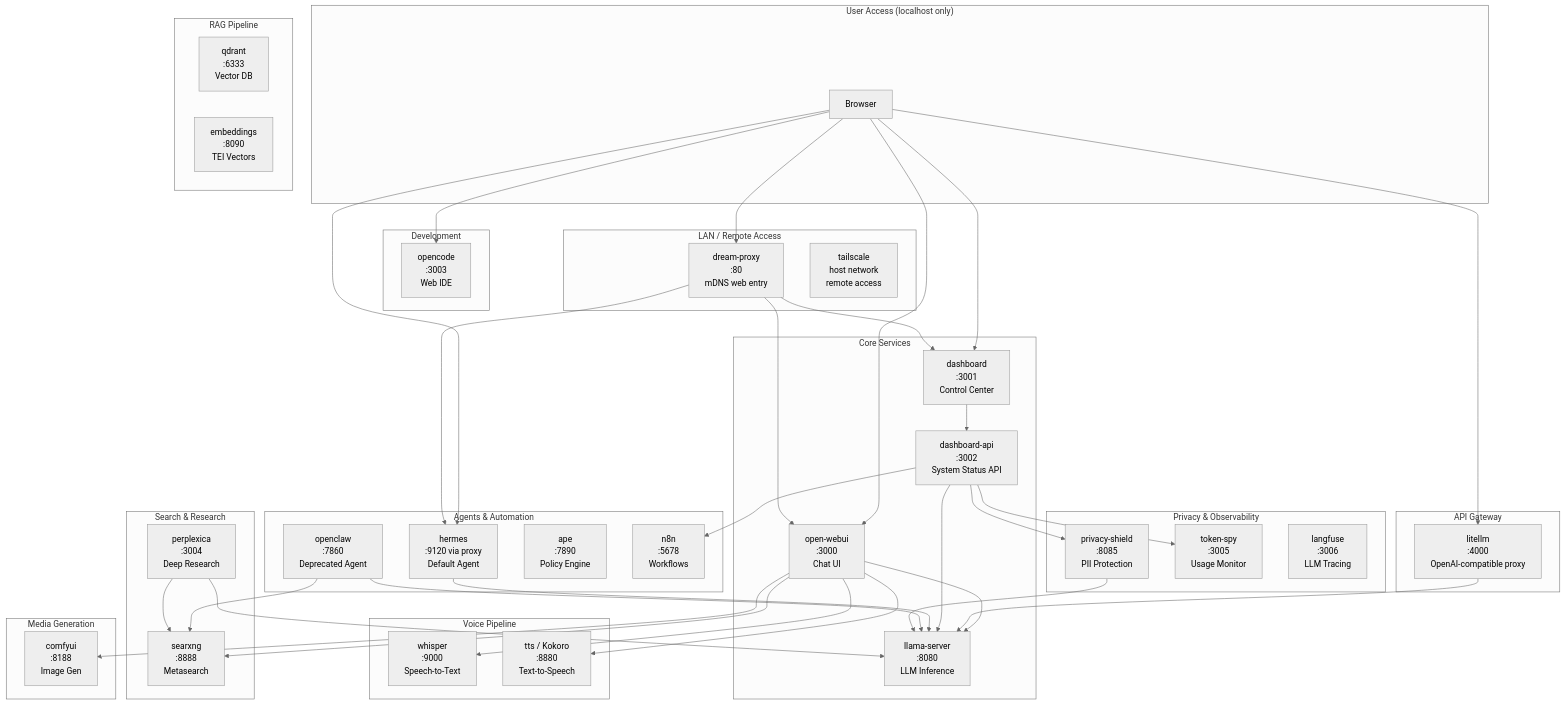
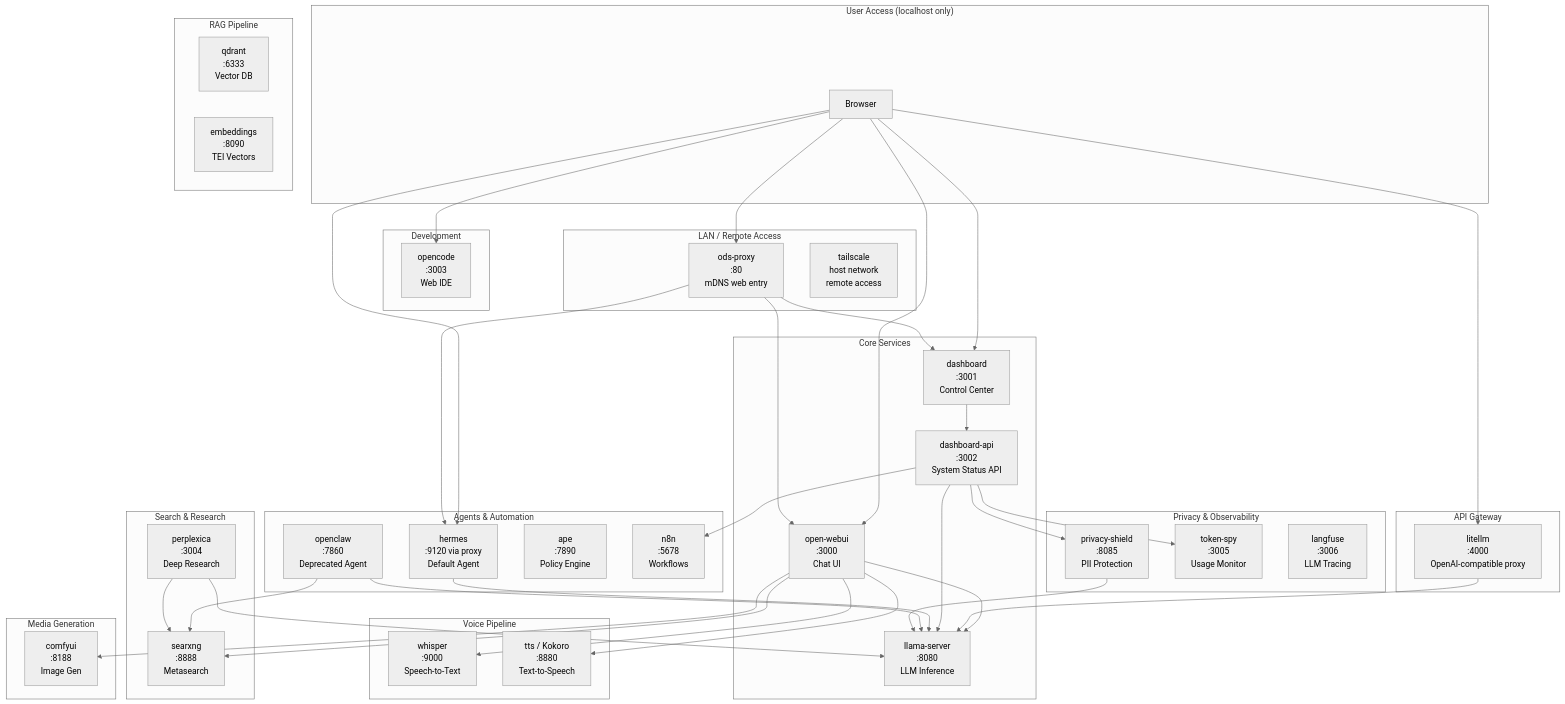
One commit to Osmantic/ODS changed the first of 3 diagrams in ARCHITECTURE.md. Above: the diagram before and after it, drawn with Mermaid (neutral theme). The commit also changed other lines of this file and 1845 other files, not shown here.

Commit message:
Rename DreamServer to ODS

```diff
--- a/ARCHITECTURE.md
+++ b/ARCHITECTURE.md
@@ -69,7 +69,7 @@
     end
 
     subgraph Access["LAN / Remote Access"]
-        PROXY["dream-proxy<br/>:80<br/>mDNS web entry"]
+        PROXY["ods-proxy<br/>:80<br/>mDNS web entry"]
         TAIL["tailscale<br/>host network<br/>remote access"]
     end
 
```
